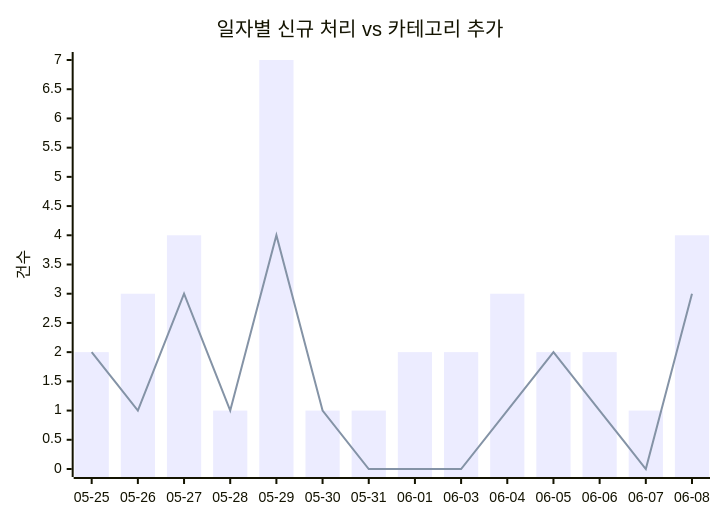
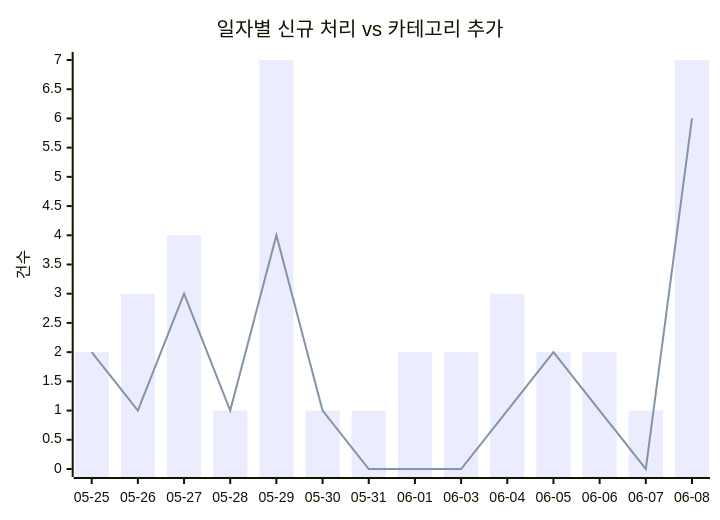
Before and after one commit to J-nowcow/awesome-korean-agent-skills: the first of 2 diagrams in docs/trends.md, drawn with Mermaid. The commit also changed other lines of this file and 6 other files, not shown here.

````diff
--- a/docs/trends.md
+++ b/docs/trends.md
@@ -32,8 +32,8 @@
 ```mermaid
 xychart-beta
     title "일자별 신규 처리 vs 카테고리 추가"
     x-axis ["05-25","05-26","05-27","05-28","05-29","05-30","05-31","06-01","06-03","06-04","06-05","06-06","06-07","06-08"]
     y-axis "건수"
-    bar [2,3,4,1,7,1,1,2,2,3,2,2,1,4]
-    line [2,1,3,1,4,1,0,0,0,1,2,1,0,3]
+    bar [2,3,4,1,7,1,1,2,2,3,2,2,1,7]
+    line [2,1,3,1,4,1,0,0,0,1,2,1,0,6]
 ```
````
